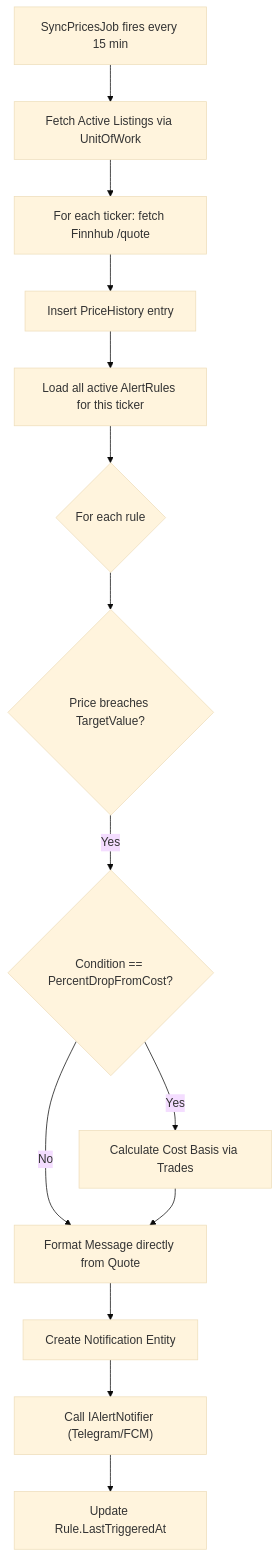
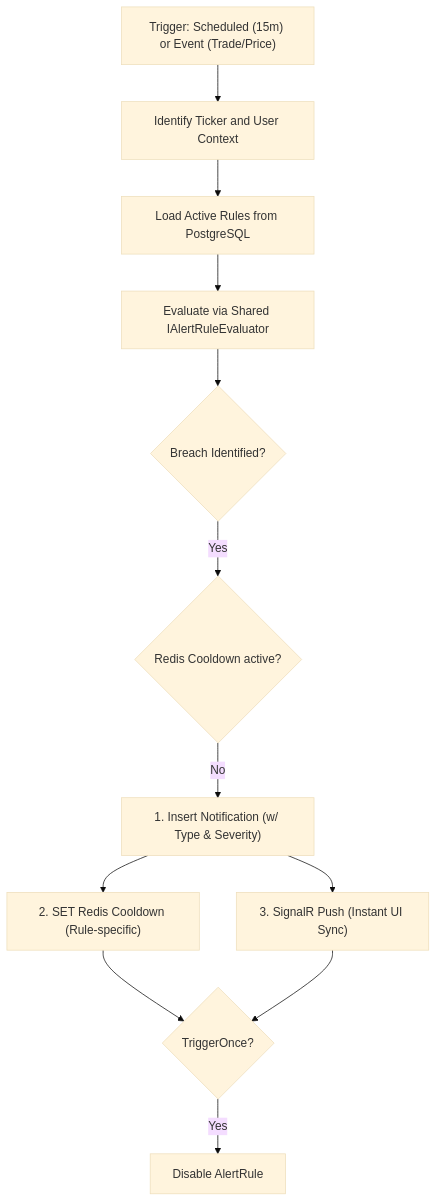
The second of 2 diagrams in InventoryAlert.Wiki/docs/03-data-model/data-model.md (nhonvo/InvestManagementSystem), drawn with Mermaid (base theme) before and after one commit. The commit also changed other lines of this file and 77 other files, not shown here.

````diff
--- a/InventoryAlert.Wiki/docs/03-data-model/data-model.md
+++ b/InventoryAlert.Wiki/docs/03-data-model/data-model.md
@@ -194,16 +215,13 @@
 ```mermaid
 flowchart TD
-    A["SyncPricesJob fires every 15 min"] --> B["Fetch Active Listings via UnitOfWork"]
-    B --> C["For each ticker: fetch Finnhub /quote"]
-    C --> D["Insert PriceHistory entry"]
-    D --> E["Load all active AlertRules for this ticker"]
-    E --> F{For each rule}
-    F --> G{Price breaches TargetValue?}
-    G -- Yes --> H{Condition == PercentDropFromCost?}
-    H -- Yes --> I["Calculate Cost Basis via Trades"]
-    H -- No --> J["Format Message directly from Quote"]
-    I --> J
-    J --> K["Create Notification Entity"]
-    K --> L["Call IAlertNotifier (Telegram/FCM)"]
-    L --> M["Update Rule.LastTriggeredAt"]
+    A["Trigger: Scheduled (15m) or Event (Trade/Price)"] --> B["Identify Ticker and User Context"]
+    B --> C["Load Active Rules from PostgreSQL"]
+    C --> D["Evaluate via Shared IAlertRuleEvaluator"]
+    D --> E{Breach Identified?}
+    E -- Yes --> F{Redis Cooldown active?}
+    F -- No --> G["1. Insert Notification (w/ Type & Severity)"]
+    G --> H["2. SET Redis Cooldown (Rule-specific)"]
+    G --> I["3. SignalR Push (Instant UI Sync)"]
+    H & I --> J{TriggerOnce?}
+    J -- Yes --> K["Disable AlertRule"]
 ```
````
